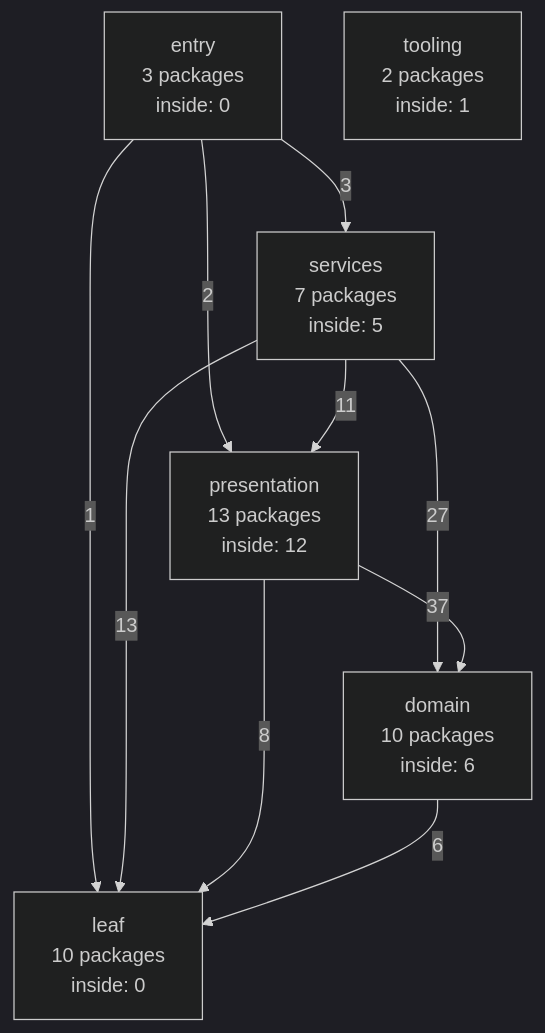
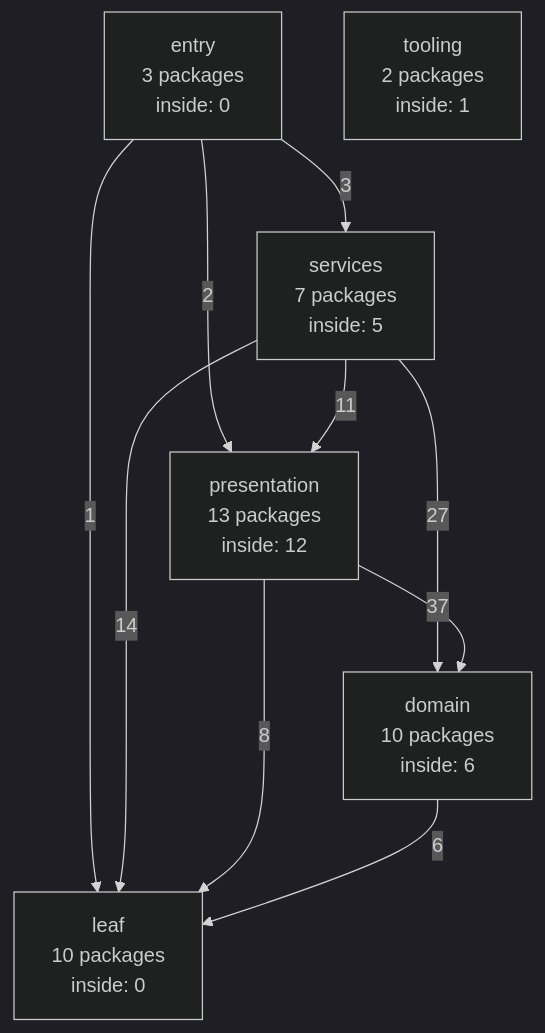
The diagram in docs/internals/generated/package-graph.md (ladydascalie/dm), drawn with Mermaid (dark theme) before and after one commit. The commit also changed other lines of this file and 4 other files, not shown here.

````diff
--- a/docs/internals/generated/package-graph.md
+++ b/docs/internals/generated/package-graph.md
@@ -58,18 +58,18 @@
 ```mermaid
 flowchart TD
   entry["entry<br/>3 packages<br/>inside: 0"]
   services["services<br/>7 packages<br/>inside: 5"]
   presentation["presentation<br/>13 packages<br/>inside: 12"]
   domain["domain<br/>10 packages<br/>inside: 6"]
   leaf["leaf<br/>10 packages<br/>inside: 0"]
   tooling["tooling<br/>2 packages<br/>inside: 1"]
   entry -->|3| services
   entry -->|2| presentation
   entry -->|1| leaf
   services -->|11| presentation
   services -->|27| domain
-  services -->|13| leaf
+  services -->|14| leaf
   presentation -->|37| domain
   presentation -->|8| leaf
   domain -->|6| leaf
 ```
````
